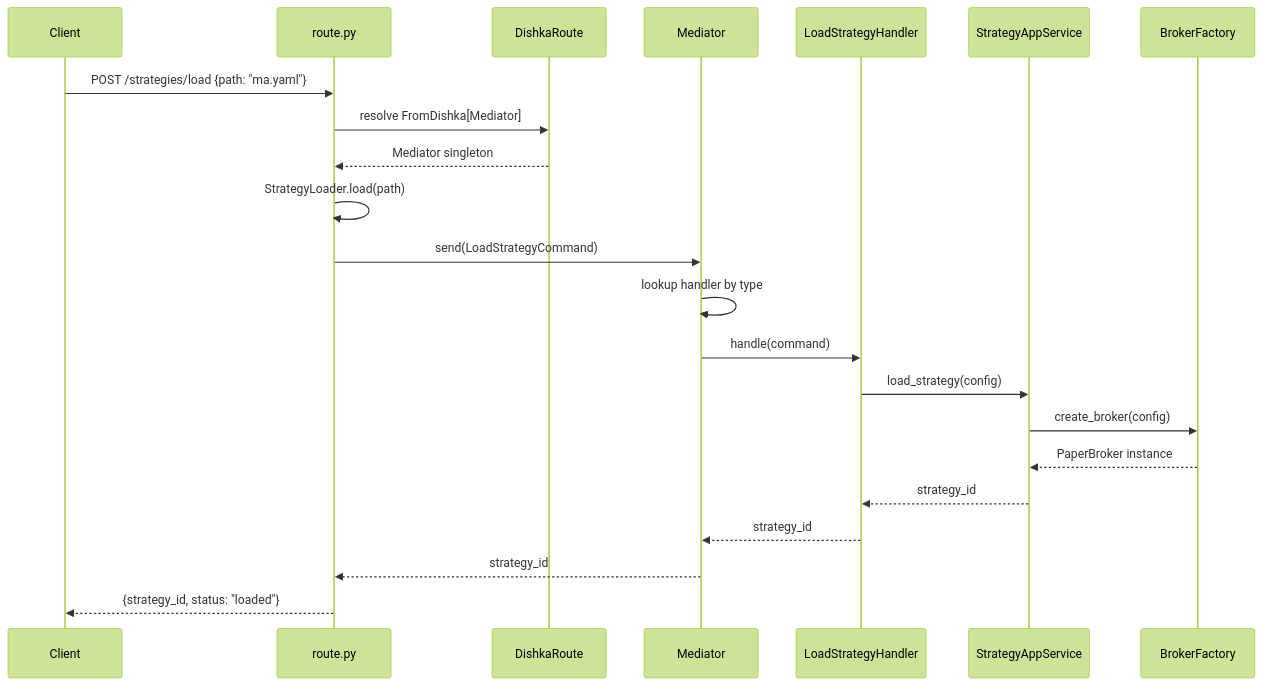
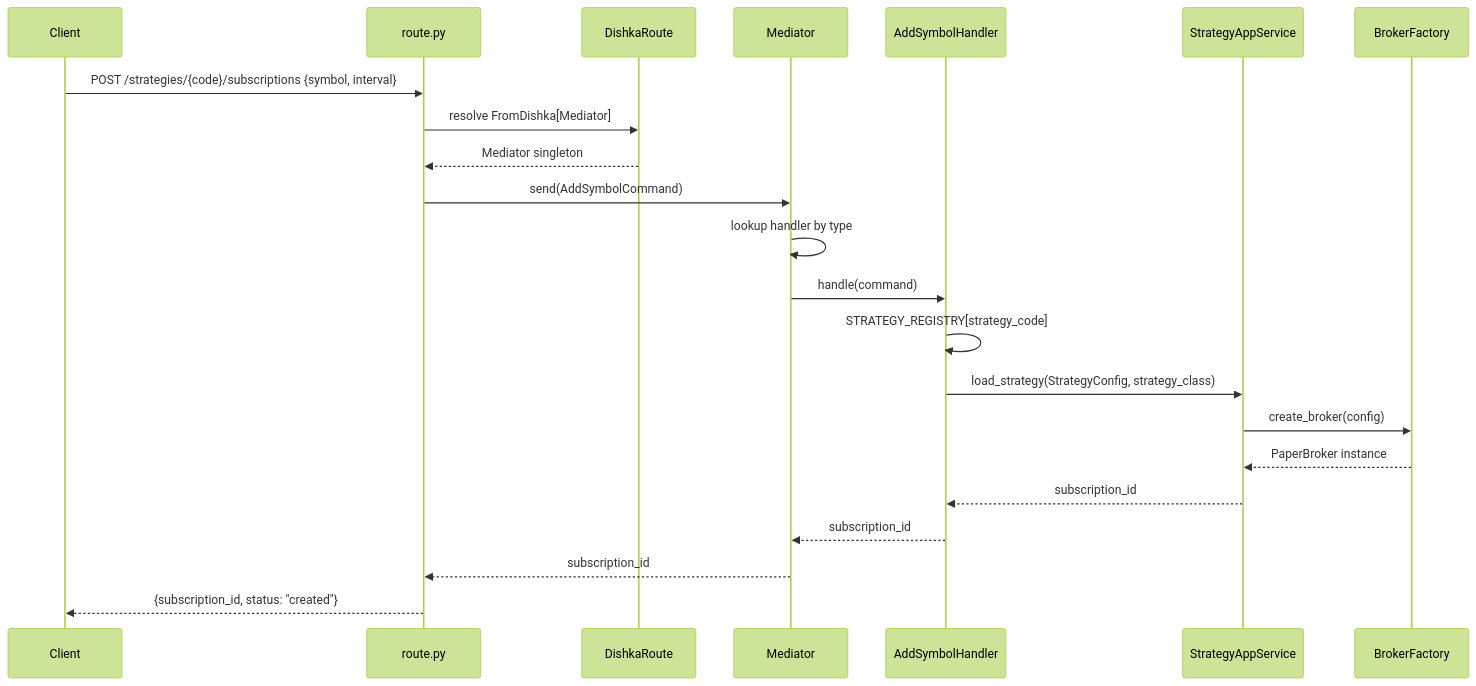
The second of 4 diagrams in docs/architecture-visual-map.md (camping89/pocketquant), drawn with Mermaid (forest theme) before and after one commit. The commit also changed other lines of this file and 8 other files, not shown here.

First line of the commit message:
docs: update strategy-lifecycle refs after YAML loader removal

````diff
--- a/docs/architecture-visual-map.md
+++ b/docs/architecture-visual-map.md
@@ -171,25 +171,25 @@
 ```mermaid
 sequenceDiagram
     participant Client
     participant Route as route.py
     participant Dishka as DishkaRoute
     participant Med as Mediator
-    participant Handler as LoadStrategyHandler
+    participant Handler as AddSymbolHandler
     participant Engine as StrategyAppService
     participant Broker as BrokerFactory
 
-    Client->>Route: POST /strategies/load {path: "ma.yaml"}
+    Client->>Route: POST /strategies/{code}/subscriptions {symbol, interval}
     Route->>Dishka: resolve FromDishka[Mediator]
     Dishka-->>Route: Mediator singleton
-    Route->>Route: StrategyLoader.load(path)
-    Route->>Med: send(LoadStrategyCommand)
+    Route->>Med: send(AddSymbolCommand)
     Med->>Med: lookup handler by type
     Med->>Handler: handle(command)
-    Handler->>Engine: load_strategy(config)
+    Handler->>Handler: STRATEGY_REGISTRY[strategy_code]
+    Handler->>Engine: load_strategy(StrategyConfig, strategy_class)
     Engine->>Broker: create_broker(config)
     Broker-->>Engine: PaperBroker instance
-    Engine-->>Handler: strategy_id
-    Handler-->>Med: strategy_id
-    Med-->>Route: strategy_id
-    Route-->>Client: {strategy_id, status: "loaded"}
+    Engine-->>Handler: subscription_id
+    Handler-->>Med: subscription_id
+    Med-->>Route: subscription_id
+    Route-->>Client: {subscription_id, status: "created"}
 ```
````
